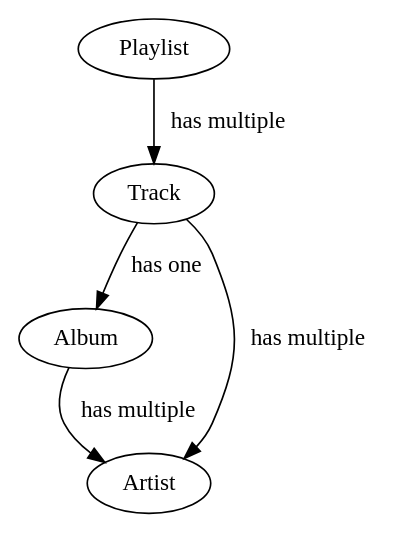
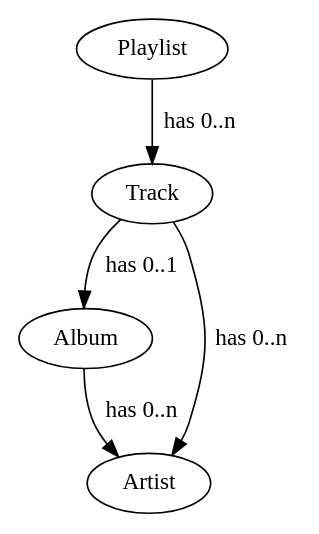
The diagram in docs/api/models.rst (mopidy/mopidy), drawn with Graphviz before and after one commit. The commit also changed other lines of this file, not shown here.

```diff
--- a/docs/api/models.rst
+++ b/docs/api/models.rst
@@ -13,6 +14,6 @@
 .. digraph:: model_relations
 
-    Playlist -> Track [ label="has multiple" ]
-    Track -> Album [ label="has one" ]
-    Track -> Artist [ label="has multiple" ]
-    Album -> Artist [ label="has multiple" ]
+    Playlist -> Track [ label="has 0..n" ]
+    Track -> Album [ label="has 0..1" ]
+    Track -> Artist [ label="has 0..n" ]
+    Album -> Artist [ label="has 0..n" ]
```
